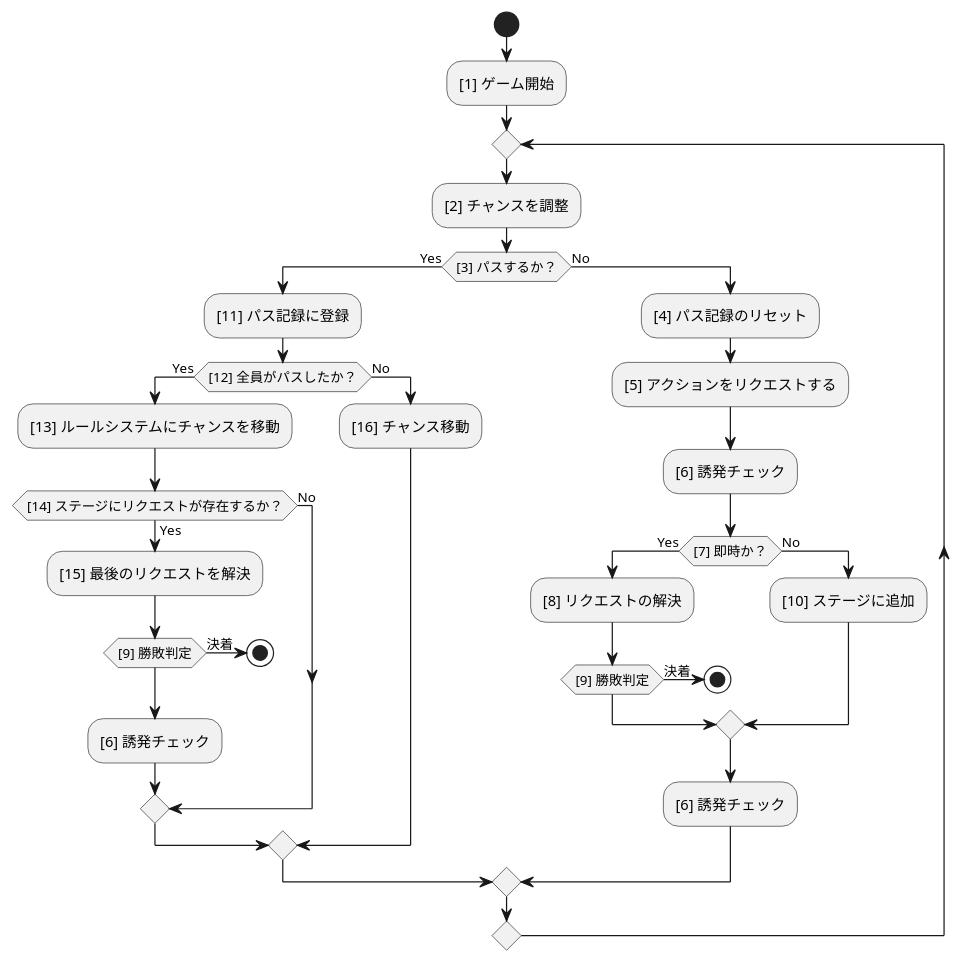
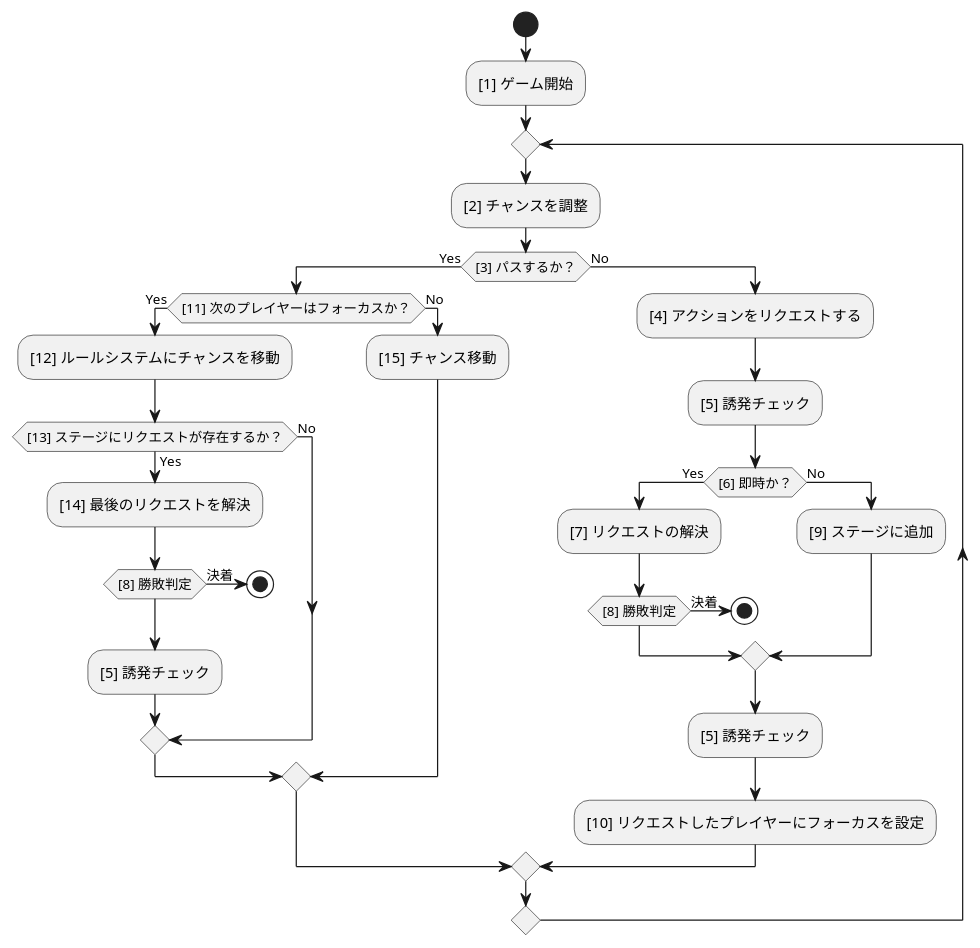
One commit to BlackPoker/BlackPoker changed the diagram in source/core/coreflow.puml. Above: the diagram before and after it, drawn with PlantUML. The commit also changed 1 other file, not shown here.

```diff
--- a/source/core/coreflow.puml
+++ b/source/core/coreflow.puml
@@ -1,37 +1,36 @@
 @startuml
 skinparam defaultFontName "Droid Sans Fallback"
 start
 :[1] ゲーム開始;
 repeat
 :[2] チャンスを調整;
 if ([3] パスするか？) then (Yes)
-    :[11] パス記録に登録;
-    if ([12] 全員がパスしたか？) then (Yes)
-        :[13] ルールシステムにチャンスを移動;
-        if ([14] ステージにリクエストが存在するか？) then (Yes)
-            :[15] 最後のリクエストを解決;
-            if ([9] 勝敗判定) then (決着)
+    if ([11] 次のプレイヤーはフォーカスか？) then (Yes)
+        :[12] ルールシステムにチャンスを移動;
+        if ([13] ステージにリクエストが存在するか？) then (Yes)
+            :[14] 最後のリクエストを解決;
+            if ([8] 勝敗判定) then (決着)
                 stop
             endif
-            :[6] 誘発チェック;
+            :[5] 誘発チェック;
         else (No)
         endif
     else (No)
-        :[16] チャンス移動;
+        :[15] チャンス移動;
     endif
 else (No)
-    :[4] パス記録のリセット;
-    :[5] アクションをリクエストする;
-    :[6] 誘発チェック;
-    if ([7] 即時か？) then (Yes)
-        :[8] リクエストの解決;
-        if ([9] 勝敗判定) then (決着)
+    :[4] アクションをリクエストする;
+    :[5] 誘発チェック;
+    if ([6] 即時か？) then (Yes)
+        :[7] リクエストの解決;
+        if ([8] 勝敗判定) then (決着)
             stop
         endif
     else (No)
-        :[10] ステージに追加;
+        :[9] ステージに追加;
     endif
-    :[6] 誘発チェック;
+    :[5] 誘発チェック;
+    :[10] リクエストしたプレイヤーにフォーカスを設定;
 endif
 repeat while()
 @enduml
```
